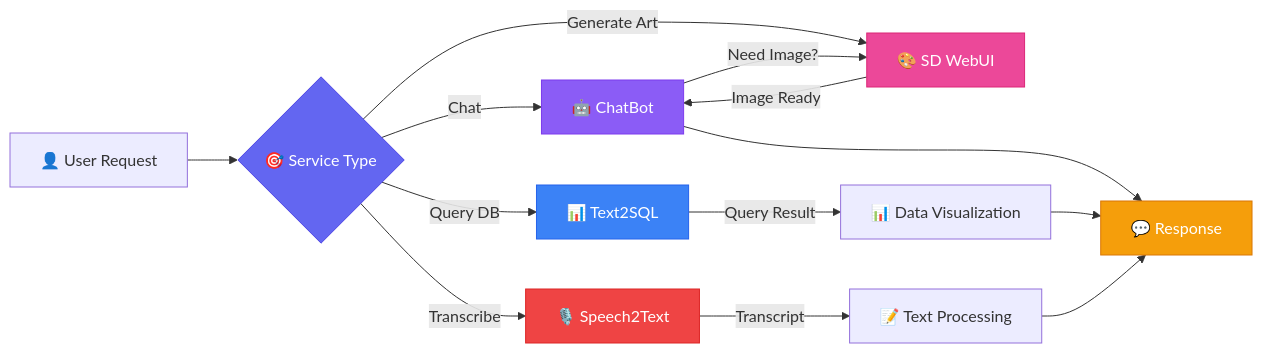
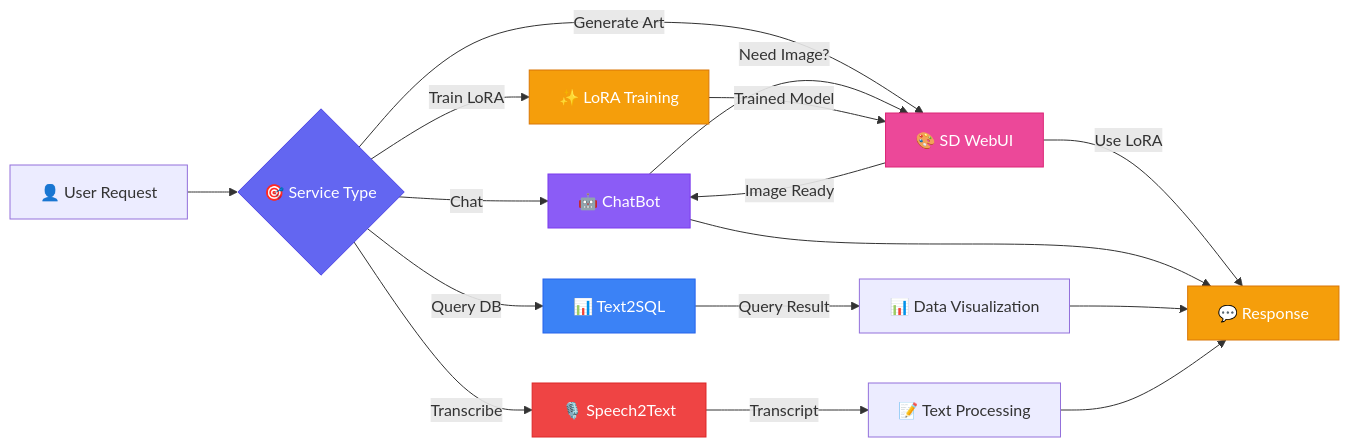
The second of 16 diagrams in README.md (SkastVnT/AI-Assistant), drawn with Mermaid before and after one commit. The commit also changed other lines of this file and 1 other file, not shown here.

````diff
--- a/README.md
+++ b/README.md
@@ -217,26 +230,31 @@
 ```mermaid
 graph LR
     A[👤 User Request] --> B{🎯 Service Type}
     
     B -->|Chat| C1[🤖 ChatBot]
     B -->|Query DB| C2[📊 Text2SQL]
     B -->|Transcribe| C3[🎙️ Speech2Text]
     B -->|Generate Art| C4[🎨 SD WebUI]
+    B -->|Train LoRA| C5[✨ LoRA Training]
     
     C1 -->|Need Image?| C4
     C4 -->|Image Ready| C1
+    
+    C5 -->|Trained Model| C4
+    C4 -->|Use LoRA| G
     
     C2 -->|Query Result| E[📊 Data Visualization]
     C3 -->|Transcript| F[📝 Text Processing]
     
     C1 --> G[💬 Response]
     E --> G
     F --> G
     
     style B fill:#6366F1,stroke:#4F46E5,color:#fff
     style C1 fill:#8B5CF6,stroke:#7C3AED,color:#fff
     style C2 fill:#3B82F6,stroke:#2563EB,color:#fff
     style C3 fill:#EF4444,stroke:#DC2626,color:#fff
     style C4 fill:#EC4899,stroke:#DB2777,color:#fff
+    style C5 fill:#F59E0B,stroke:#D97706,color:#fff
     style G fill:#F59E0B,stroke:#D97706,color:#fff
 ```
````
